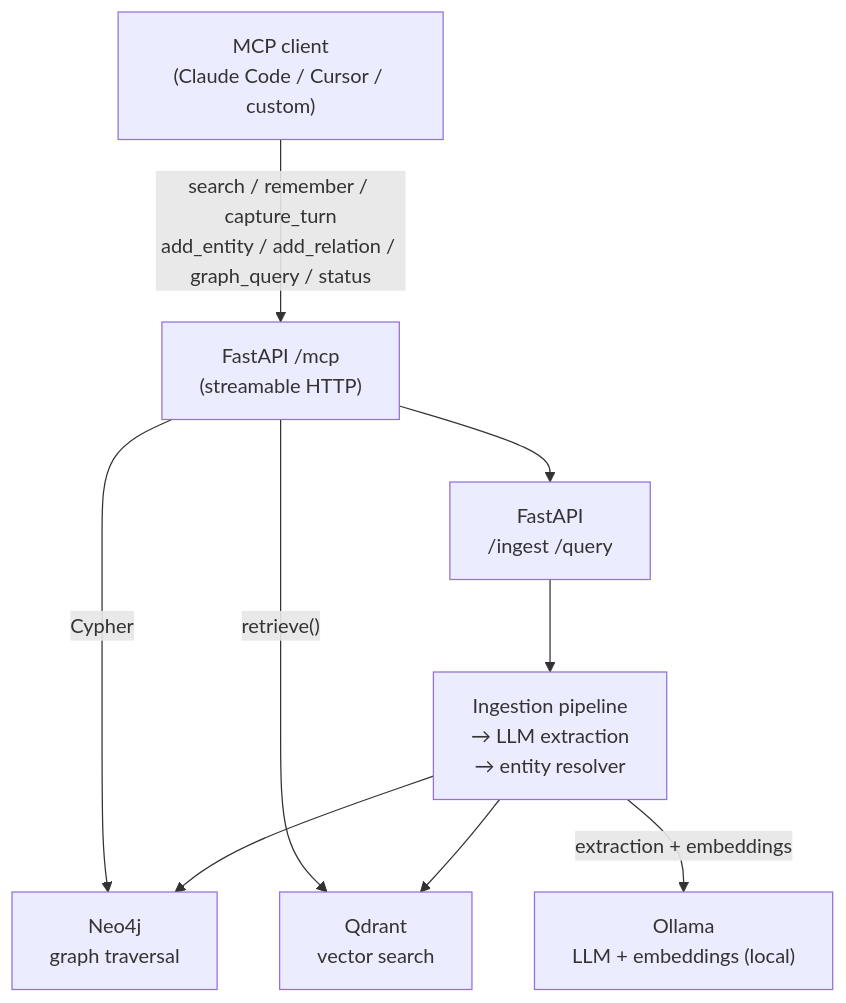
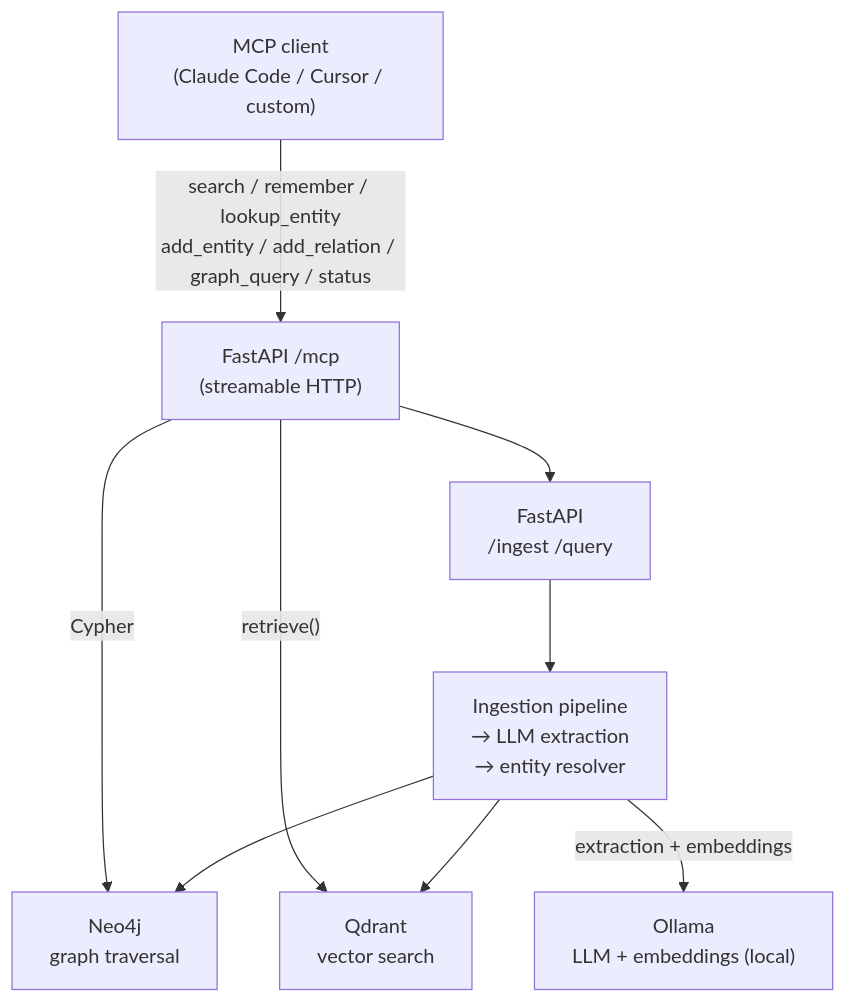
Before and after one commit to ben-kahl/landscape: the diagram in README.md, drawn with Mermaid. The commit also changed other lines of this file and 3 other files, not shown here.

````diff
--- a/README.md
+++ b/README.md
@@ -37,19 +37,19 @@
 ```mermaid
 graph TD
     Client["MCP client\n(Claude Code / Cursor / custom)"]
     MCP["FastAPI /mcp\n(streamable HTTP)"]
     API["FastAPI\n/ingest  /query"]
     Pipeline["Ingestion pipeline\n→ LLM extraction\n→ entity resolver"]
     Neo4j["Neo4j\ngraph traversal"]
     Qdrant["Qdrant\nvector search"]
     Ollama["Ollama\nLLM + embeddings (local)"]
 
-    Client -->|"search / remember / capture_turn\nadd_entity / add_relation / graph_query / status"| MCP
+    Client -->|"search / remember / lookup_entity\nadd_entity / add_relation / graph_query / status"| MCP
     MCP --> API
     API --> Pipeline
     Pipeline --> Neo4j
     Pipeline --> Qdrant
     Pipeline -->|"extraction + embeddings"| Ollama
     MCP -->|"retrieve()"| Qdrant
     MCP -->|"Cypher"| Neo4j
 ```
````
